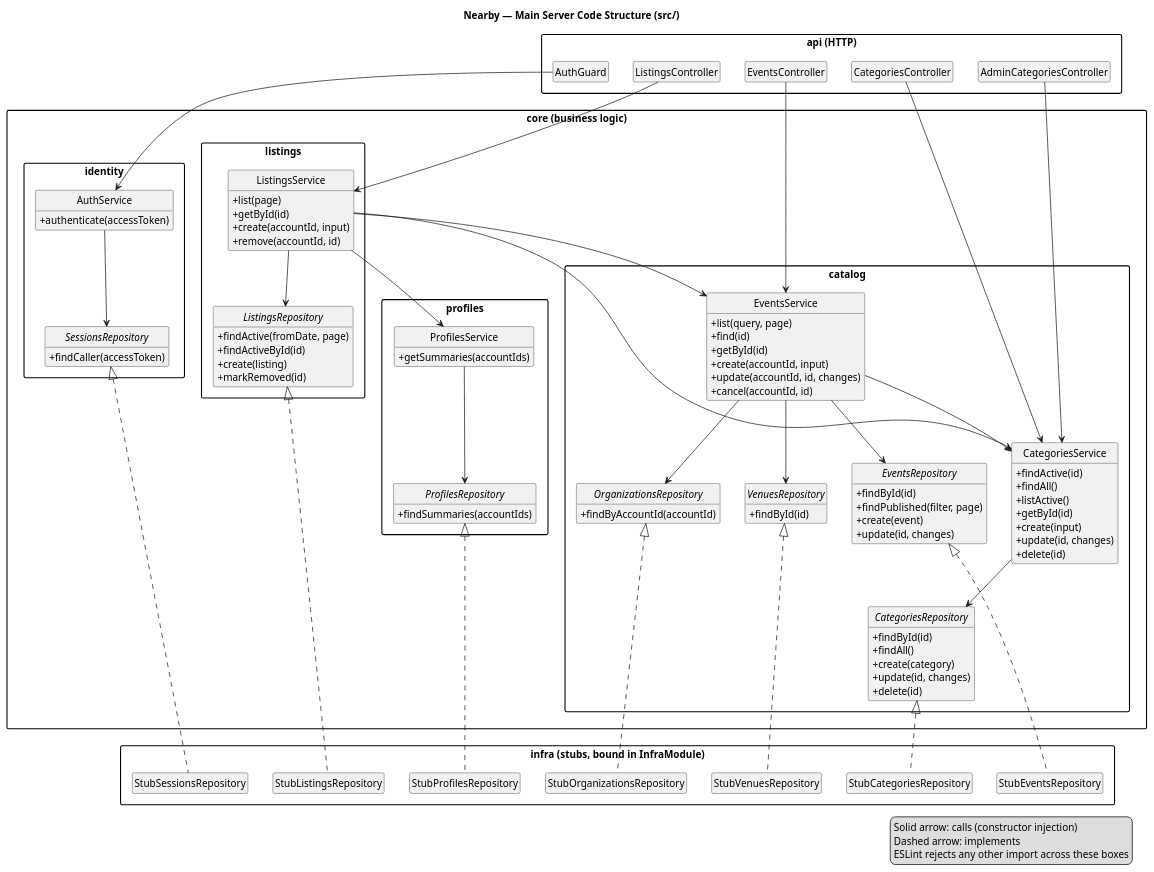
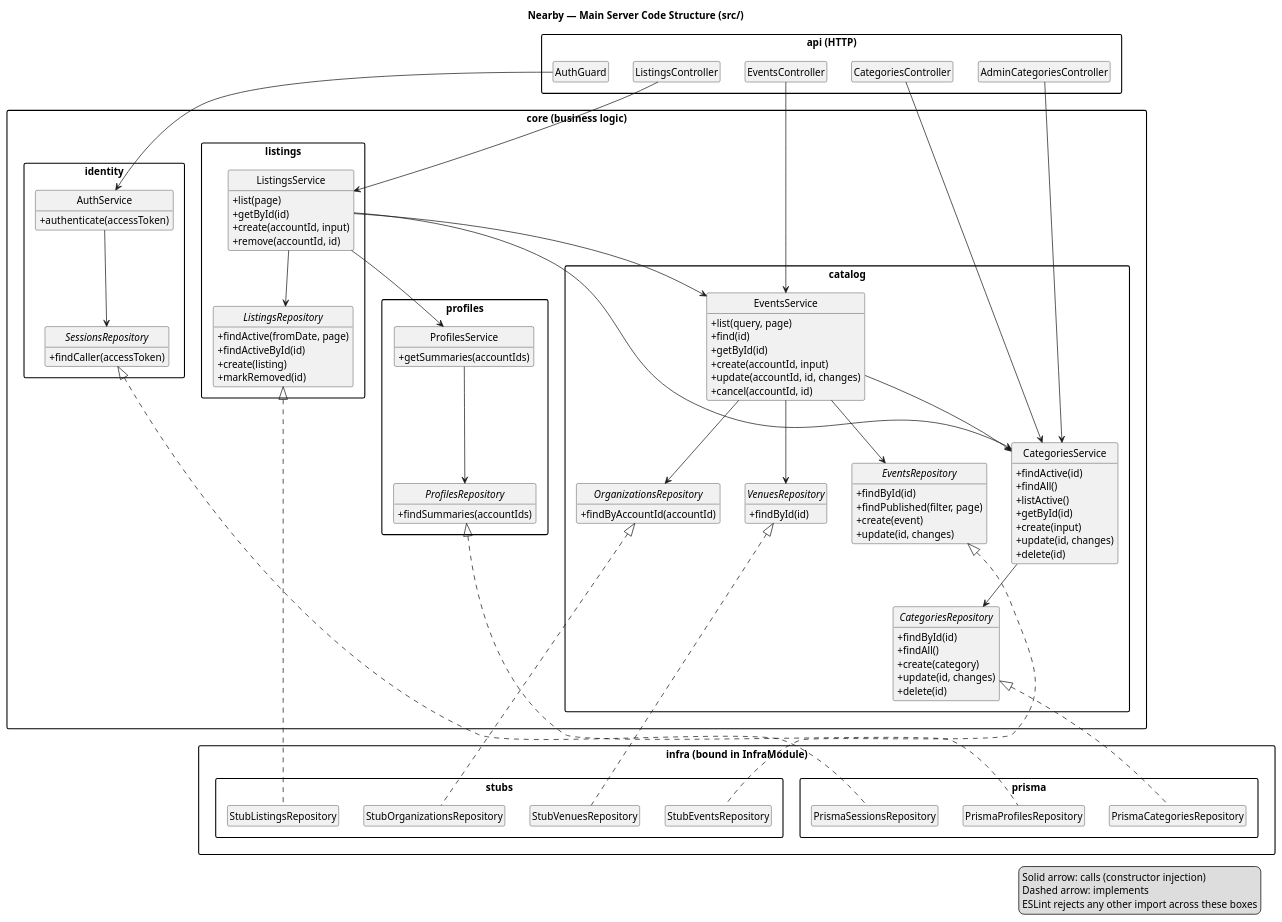
One commit to ukma-fin-ssdm-2026/pun-intended-team changed the diagram in docs/architecture/uml/code-structure.puml. Above: the diagram before and after it, drawn with PlantUML. The commit also changed 9 other files, not shown here.

```diff
--- a/docs/architecture/uml/code-structure.puml
+++ b/docs/architecture/uml/code-structure.puml
@@ -1,143 +1,147 @@
 @startuml code-structure
 /'
   AI Usage Note
   Drafted with Claude from the code in src/.
 '/
 title Nearby — Main Server Code Structure (src/)
 
 skinparam shadowing false
 skinparam packageStyle rectangle
 skinparam classAttributeIconSize 0
 hide empty members
 hide circle
 
 package "api (HTTP)" as API {
   class AuthGuard
   class EventsController
   class CategoriesController
   class AdminCategoriesController
   class ListingsController
 }
 
 package "core (business logic)" as CORE {
   package identity {
     class AuthService {
       +authenticate(accessToken)
     }
     abstract class SessionsRepository {
       +findCaller(accessToken)
     }
   }
 
   package listings {
     class ListingsService {
       +list(page)
       +getById(id)
       +create(accountId, input)
       +remove(accountId, id)
     }
     abstract class ListingsRepository {
       +findActive(fromDate, page)
       +findActiveById(id)
       +create(listing)
       +markRemoved(id)
     }
   }
 
   package catalog {
     class EventsService {
       +list(query, page)
       +find(id)
       +getById(id)
       +create(accountId, input)
       +update(accountId, id, changes)
       +cancel(accountId, id)
     }
     class CategoriesService {
       +findActive(id)
       +findAll()
       +listActive()
       +getById(id)
       +create(input)
       +update(id, changes)
       +delete(id)
     }
     abstract class EventsRepository {
       +findById(id)
       +findPublished(filter, page)
       +create(event)
       +update(id, changes)
     }
     abstract class CategoriesRepository {
       +findById(id)
       +findAll()
       +create(category)
       +update(id, changes)
       +delete(id)
     }
     abstract class VenuesRepository {
       +findById(id)
     }
     abstract class OrganizationsRepository {
       +findByAccountId(accountId)
     }
   }
 
   package profiles {
     class ProfilesService {
       +getSummaries(accountIds)
     }
     abstract class ProfilesRepository {
       +findSummaries(accountIds)
     }
   }
 }
 
-package "infra (stubs, bound in InfraModule)" as INFRA {
-  class StubSessionsRepository
-  class StubListingsRepository
-  class StubEventsRepository
-  class StubCategoriesRepository
-  class StubVenuesRepository
-  class StubOrganizationsRepository
-  class StubProfilesRepository
+package "infra (bound in InfraModule)" as INFRA {
+  package "prisma" {
+    class PrismaSessionsRepository
+    class PrismaCategoriesRepository
+    class PrismaProfilesRepository
+  }
+  package "stubs" {
+    class StubListingsRepository
+    class StubEventsRepository
+    class StubVenuesRepository
+    class StubOrganizationsRepository
+  }
 }
 
 ' api calls core services
 AuthGuard --> AuthService
 EventsController --> EventsService
 CategoriesController --> CategoriesService
 AdminCategoriesController --> CategoriesService
 ListingsController --> ListingsService
 
 ' other modules call the same exported services
 ListingsService --> EventsService
 ListingsService --> CategoriesService
 ListingsService --> ProfilesService
 
 ' services reach storage through repositories
 AuthService --> SessionsRepository
 ListingsService --> ListingsRepository
 EventsService --> CategoriesService
 EventsService --> EventsRepository
 EventsService --> VenuesRepository
 EventsService --> OrganizationsRepository
 CategoriesService --> CategoriesRepository
 ProfilesService --> ProfilesRepository
 
 ' infra implements core repositories
-SessionsRepository <|.. StubSessionsRepository
+SessionsRepository <|.. PrismaSessionsRepository
 ListingsRepository <|.. StubListingsRepository
 EventsRepository <|.. StubEventsRepository
-CategoriesRepository <|.. StubCategoriesRepository
+CategoriesRepository <|.. PrismaCategoriesRepository
 VenuesRepository <|.. StubVenuesRepository
 OrganizationsRepository <|.. StubOrganizationsRepository
-ProfilesRepository <|.. StubProfilesRepository
+ProfilesRepository <|.. PrismaProfilesRepository
 
 legend right
   Solid arrow: calls (constructor injection)
   Dashed arrow: implements
   ESLint rejects any other import across these boxes
 endlegend
 
 @enduml
```
